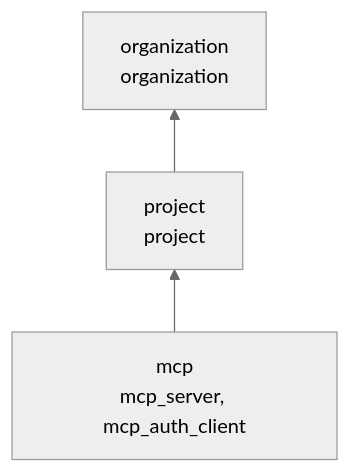
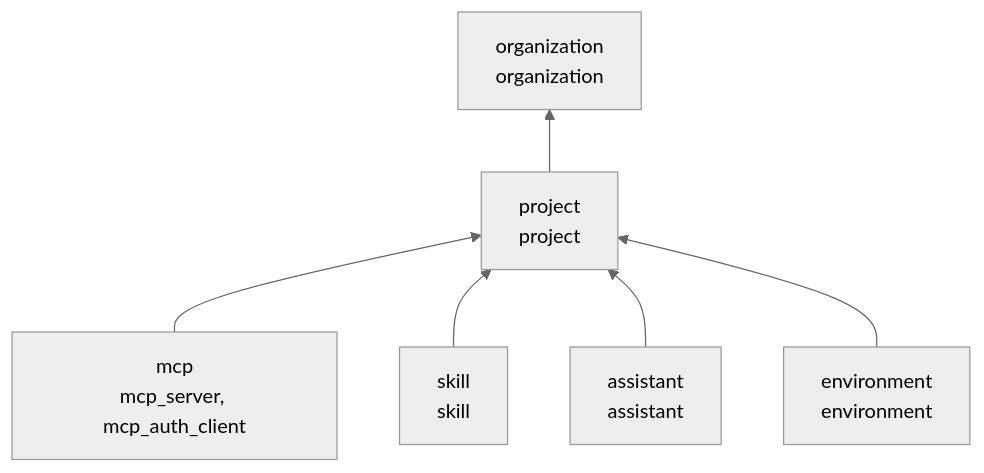
Before and after one commit to speakeasy-api/gram: the first of 3 diagrams in docs/rbac-cutover-routing.md, drawn with Mermaid (neutral theme).

Commit message:
Show the skill, assistant and environment units in the routing guide
Claude-Session: https://claude.ai/code/session_016FbQxfp6YDHeGyovvonEJL

````diff
--- a/docs/rbac-cutover-routing.md
+++ b/docs/rbac-cutover-routing.md
@@ -9,5 +9,8 @@
 ```mermaid
 flowchart BT
     mcp["mcp<br/>mcp_server, mcp_auth_client"] --> project["project<br/>project"]
+    skill["skill<br/>skill"] --> project
+    assistant["assistant<br/>assistant"] --> project
+    environment["environment<br/>environment"] --> project
     project --> organization["organization<br/>organization"]
 ```
````
